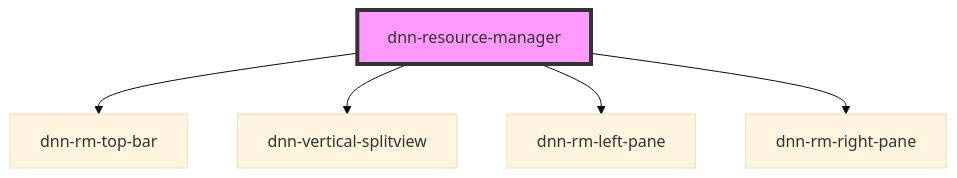
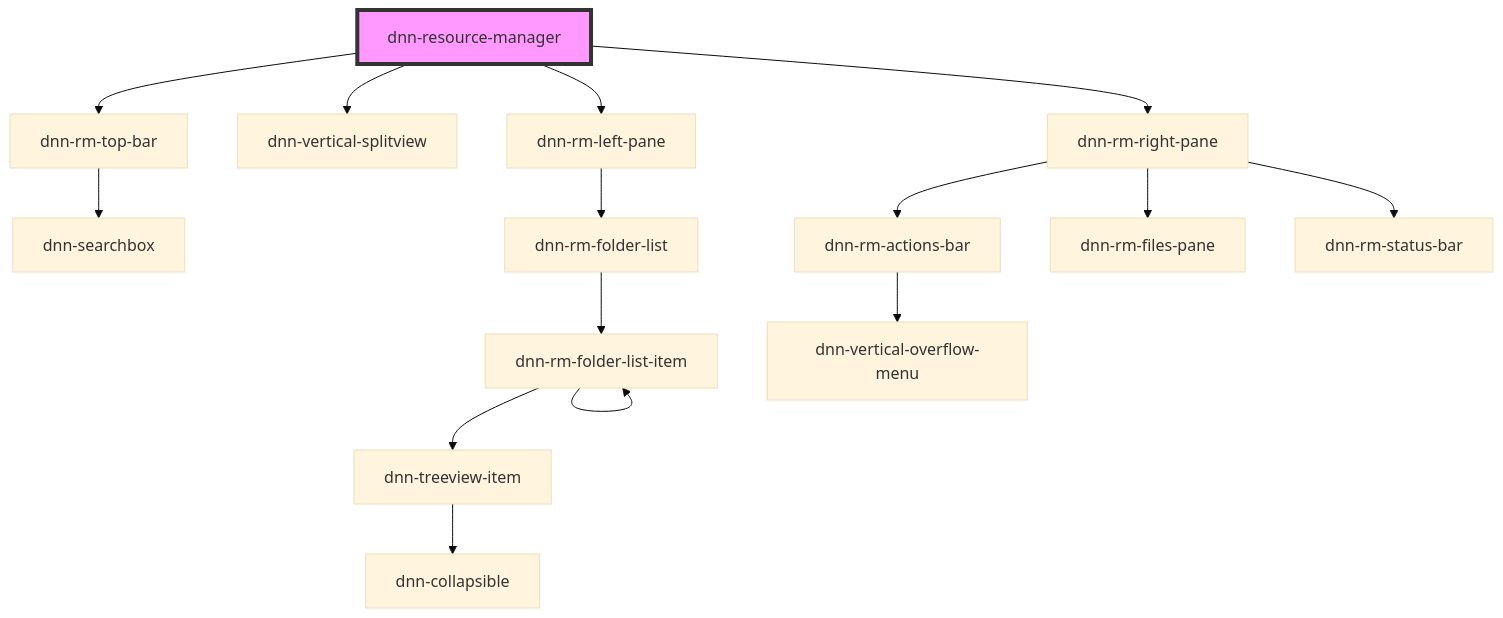
One commit to dnnsoftware/Dnn.Platform changed the diagram in DNN Platform/Modules/ResourceManager/ResourceManager.Web/src/components/dnn-resource-manager/readme.md. Above: the diagram before and after it, drawn with Mermaid (base theme). The commit also changed other lines of this file and 23 other files, not shown here.

````diff
--- a/DNN Platform/Modules/ResourceManager/ResourceManager.Web/src/components/dnn-resource-manager/readme.md
+++ b/DNN Platform/Modules/ResourceManager/ResourceManager.Web/src/components/dnn-resource-manager/readme.md
@@ -18,8 +25,18 @@
 ```mermaid
 graph TD;
   dnn-resource-manager --> dnn-rm-top-bar
   dnn-resource-manager --> dnn-vertical-splitview
   dnn-resource-manager --> dnn-rm-left-pane
   dnn-resource-manager --> dnn-rm-right-pane
+  dnn-rm-top-bar --> dnn-searchbox
+  dnn-rm-left-pane --> dnn-rm-folder-list
+  dnn-rm-folder-list --> dnn-rm-folder-list-item
+  dnn-rm-folder-list-item --> dnn-treeview-item
+  dnn-rm-folder-list-item --> dnn-rm-folder-list-item
+  dnn-treeview-item --> dnn-collapsible
+  dnn-rm-right-pane --> dnn-rm-actions-bar
+  dnn-rm-right-pane --> dnn-rm-files-pane
+  dnn-rm-right-pane --> dnn-rm-status-bar
+  dnn-rm-actions-bar --> dnn-vertical-overflow-menu
   style dnn-resource-manager fill:#f9f,stroke:#333,stroke-width:4px
 ```
````
